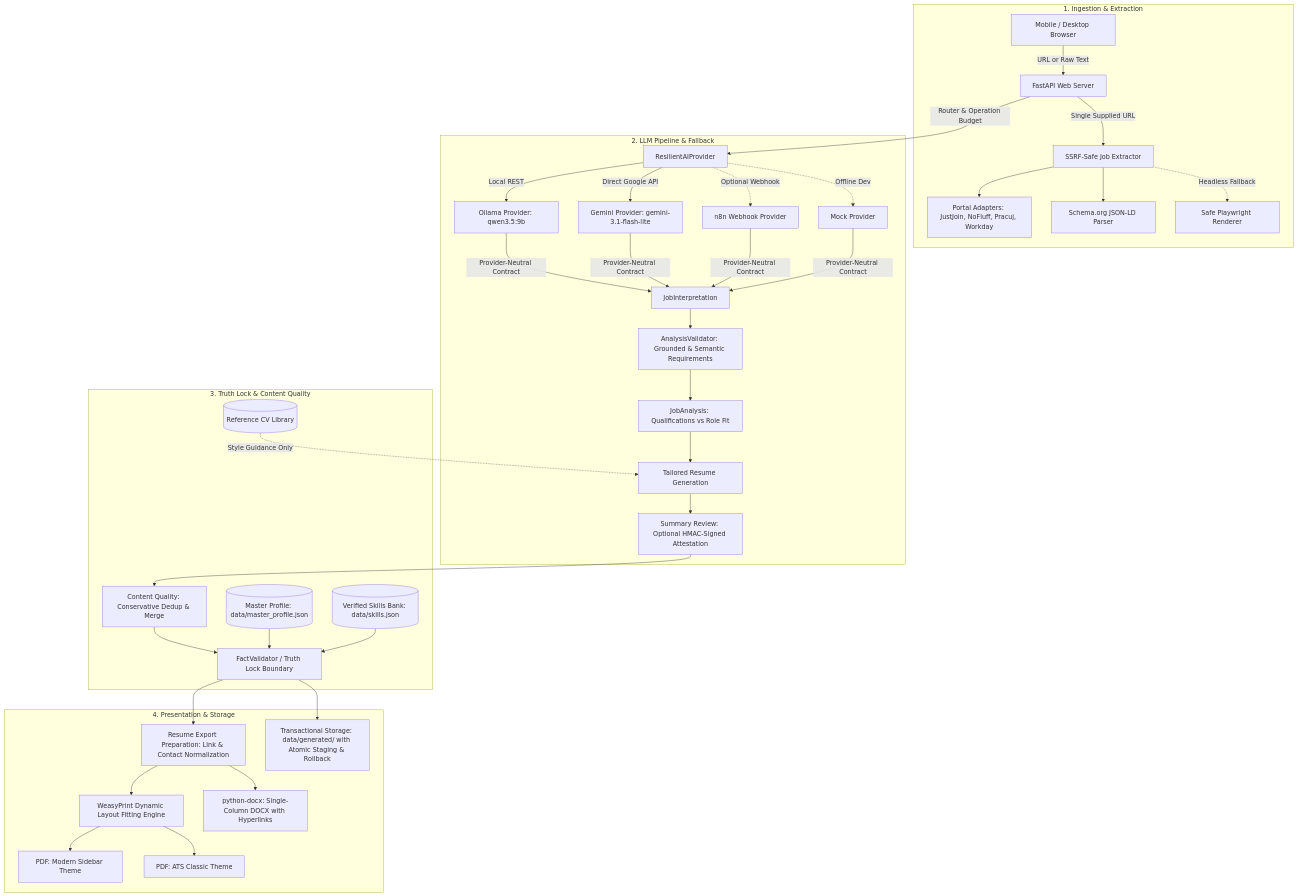
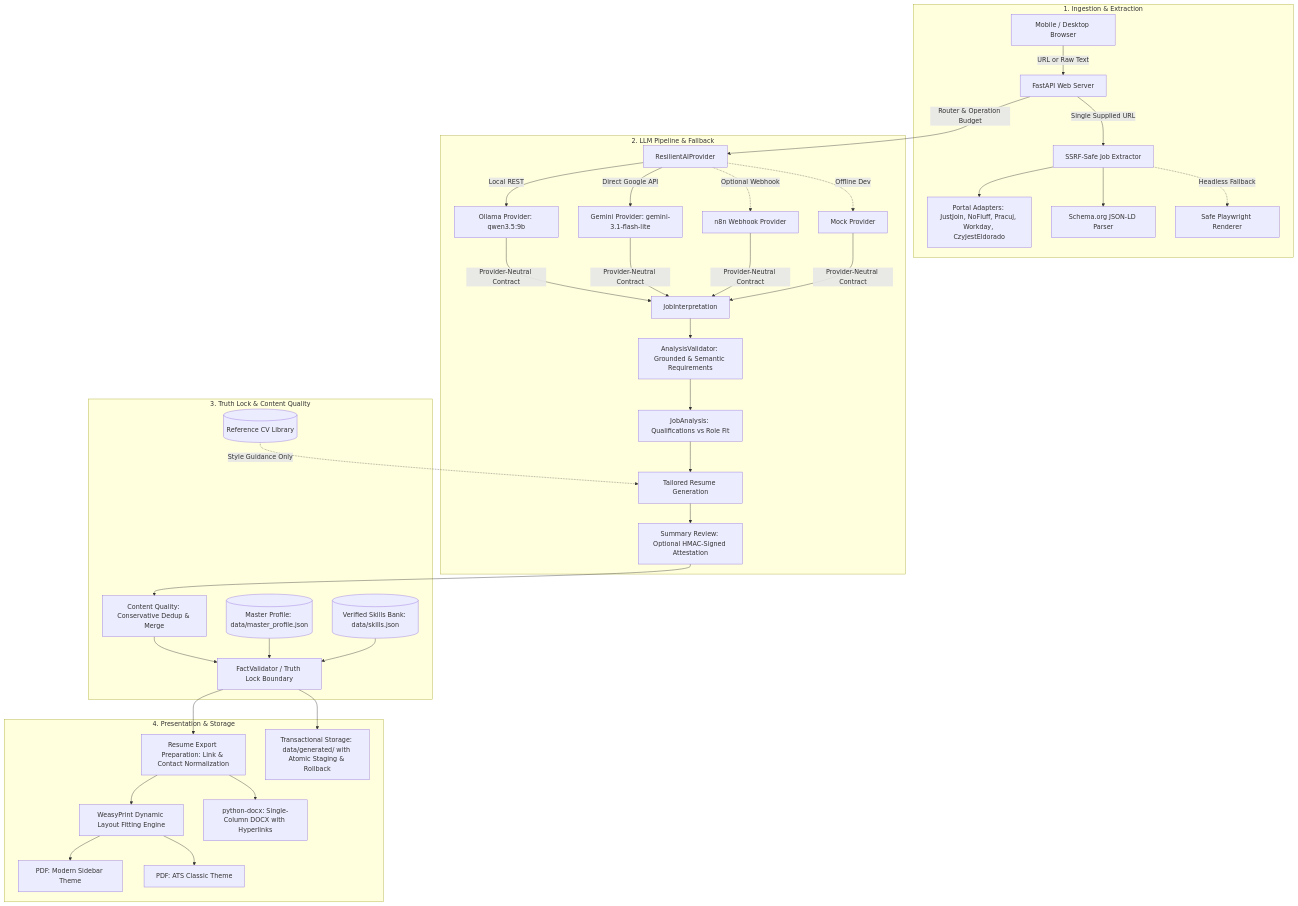
Before and after one commit to Rafalbanas/ai-resume-tailoring-platform: the diagram in README.md, drawn with Mermaid. The commit also changed other lines of this file, not shown here.

Commit message:
docs: update README with CzyJestEldorado extraction, K3s deployment, and 538 tests

````diff
--- a/README.md
+++ b/README.md
@@ -20,42 +20,42 @@
 ```mermaid
 flowchart TD
     subgraph Ingestion["1. Ingestion & Extraction"]
         Browser[Mobile / Desktop Browser] -->|URL or Raw Text| FastAPI[FastAPI Web Server]
         FastAPI -->|Single Supplied URL| Extractor[SSRF-Safe Job Extractor]
-        Extractor --> PortalParsers[Portal Adapters: JustJoin, NoFluff, Pracuj, Workday]
+        Extractor --> PortalParsers[Portal Adapters: JustJoin, NoFluff, Pracuj, Workday, CzyJestEldorado]
         Extractor --> JSONLD[Schema.org JSON-LD Parser]
         Extractor -. Headless Fallback .-> PW[Safe Playwright Renderer]
     end
 
     subgraph LLMPipeline["2. LLM Pipeline & Fallback"]
         FastAPI -->|Router & Operation Budget| Router[ResilientAIProvider]
         Router -->|Local REST| Ollama[Ollama Provider: qwen3.5:9b]
         Router -->|Direct Google API| Gemini[Gemini Provider: gemini-3.1-flash-lite]
         Router -. Optional Webhook .-> N8N[n8n Webhook Provider]
         Router -. Offline Dev .-> Mock[Mock Provider]
 
         Ollama & Gemini & N8N & Mock -->|Provider-Neutral Contract| Interp[JobInterpretation]
         Interp --> AnalysisVal[AnalysisValidator: Grounded & Semantic Requirements]
         AnalysisVal --> JobAnalysis[JobAnalysis: Qualifications vs Role Fit]
 
         JobAnalysis --> TailorStage[Tailored Resume Generation]
         TailorStage --> SummaryReview[Summary Review: Optional HMAC-Signed Attestation]
     end
 
     subgraph TruthLockBoundary["3. Truth Lock & Content Quality"]
         SummaryReview --> ContentQuality[Content Quality: Conservative Dedup & Merge]
         ContentQuality --> FactVal[FactValidator / Truth Lock Boundary]
         MasterProfile[(Master Profile: data/master_profile.json)] --> FactVal
         SkillsBank[(Verified Skills Bank: data/skills.json)] --> FactVal
         RefCVs[(Reference CV Library)] -. Style Guidance Only .-> TailorStage
     end
 
     subgraph DocumentEngines["4. Presentation & Storage"]
         FactVal --> ExportPrep[Resume Export Preparation: Link & Contact Normalization]
         ExportPrep --> LayoutFit[WeasyPrint Dynamic Layout Fitting Engine]
         LayoutFit --> PDFModern[PDF: Modern Sidebar Theme]
         LayoutFit --> PDFClassic[PDF: ATS Classic Theme]
         ExportPrep --> DOCXGen[python-docx: Single-Column DOCX with Hyperlinks]
         FactVal --> Storage[Transactional Storage: data/generated/ with Atomic Staging & Rollback]
     end
 ```
````
